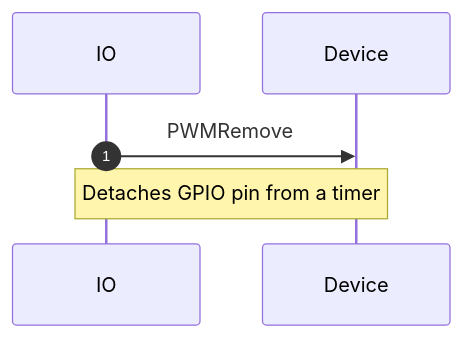
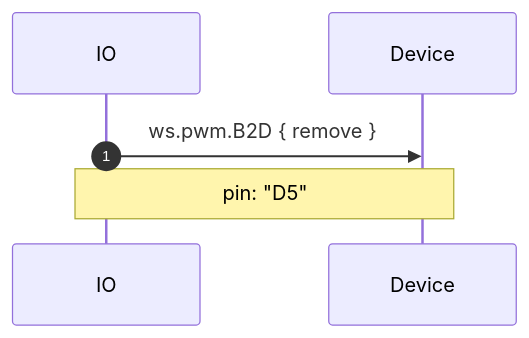
Before and after one commit to adafruit/Wippersnapper_Protobuf: the fourth of 10 diagrams in proto/wippersnapper/docs/pwm.md, drawn with Mermaid. The commit also changed other lines of this file and 10 other files, not shown here.

````diff
--- a/proto/wippersnapper/docs/pwm.md
+++ b/proto/wippersnapper/docs/pwm.md
@@ -56,6 +90,6 @@
 ```mermaid
 sequenceDiagram
 autonumber
-IO->>Device: PWMRemove
-Note over IO, Device: Detaches GPIO pin from a timer
+IO->>Device: ws.pwm.B2D { remove }
+Note over IO, Device: pin: "D5"
 ```
````
